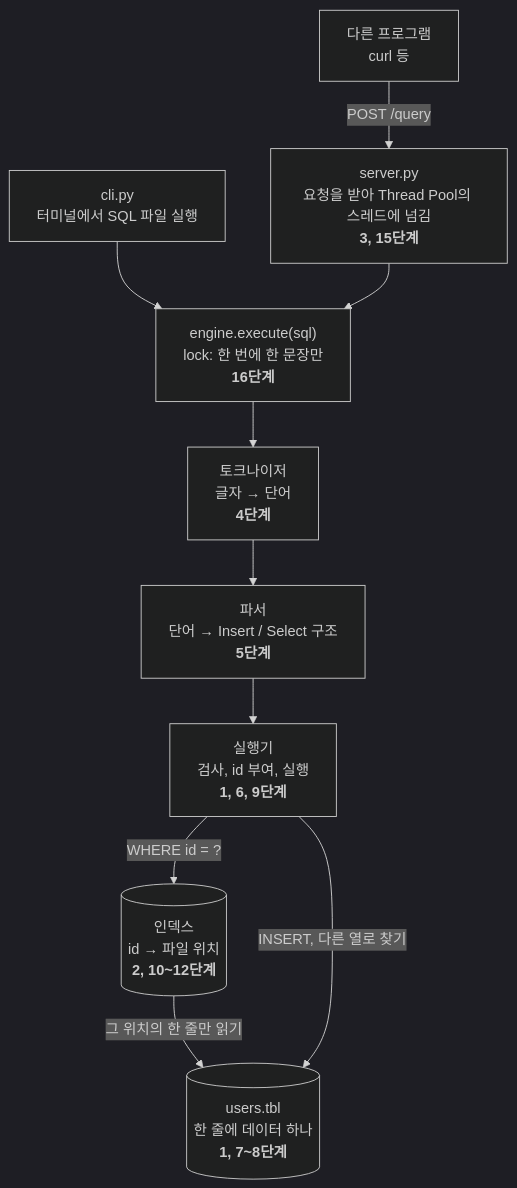
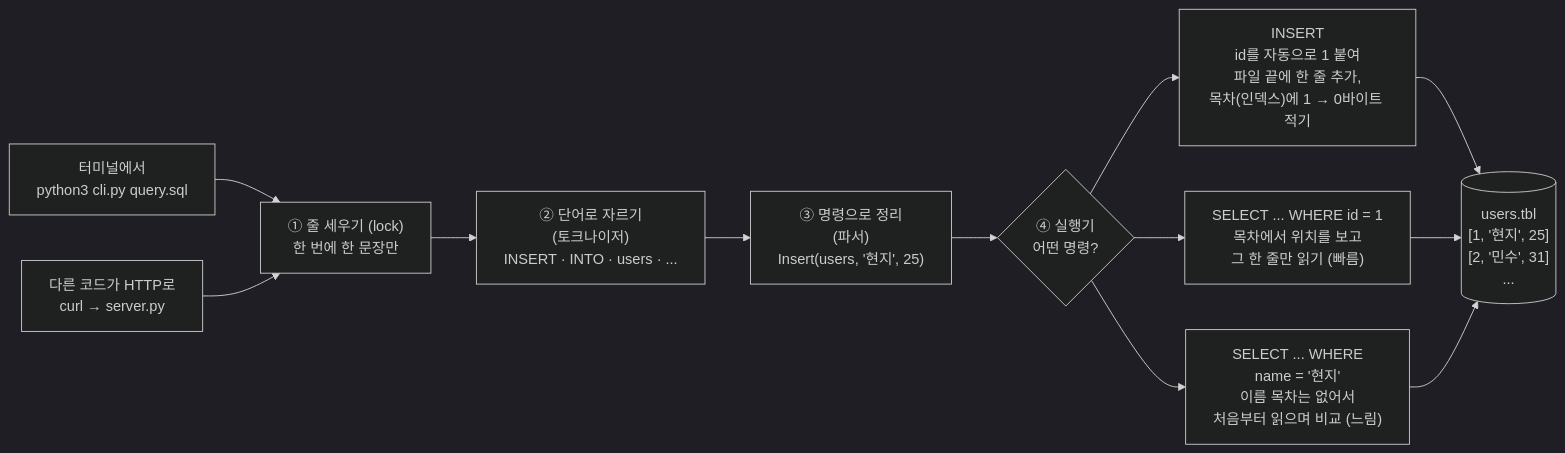
One commit to team1-mini-lab/mini-dbms changed the diagram in docs/DESIGN.md. Above: the diagram before and after it, drawn with Mermaid (dark theme). The commit also changed other lines of this file and 3 other files, not shown here.

````diff
--- a/docs/DESIGN.md
+++ b/docs/DESIGN.md
@@ -38,20 +38,19 @@
 ```mermaid
-flowchart TB
-    cli["cli.py<br/>터미널에서 SQL 파일 실행"]
-    client["다른 프로그램<br/>curl 등"]
-    server["server.py<br/>요청을 받아 Thread Pool의 스레드에 넘김<br/><b>3, 15단계</b>"]
-    engine["engine.execute(sql)<br/>lock: 한 번에 한 문장만<br/><b>16단계</b>"]
-    tok["토크나이저<br/>글자 → 단어<br/><b>4단계</b>"]
-    parser["파서<br/>단어 → Insert / Select 구조<br/><b>5단계</b>"]
-    exe["실행기<br/>검사, id 부여, 실행<br/><b>1, 6, 9단계</b>"]
-    index[("인덱스<br/>id → 파일 위치<br/><b>2, 10~12단계</b>")]
-    file[("users.tbl<br/>한 줄에 데이터 하나<br/><b>1, 7~8단계</b>")]
-
-    client -- "POST /query" --> server
-    cli --> engine
-    server --> engine
-    engine --> tok --> parser --> exe
-    exe -- "WHERE id = ?" --> index
-    index -- "그 위치의 한 줄만 읽기" --> file
-    exe -- "INSERT, 다른 열로 찾기" --> file
+flowchart LR
+    in1["터미널에서<br/>python3 cli.py query.sql"]
+    in2["다른 코드가 HTTP로<br/>curl → server.py"]
+    lock["① 줄 세우기 (lock)<br/>한 번에 한 문장만"]
+    tok["② 단어로 자르기<br/>(토크나이저)<br/>INSERT · INTO · users · ..."]
+    par["③ 명령으로 정리<br/>(파서)<br/>Insert(users, '현지', 25)"]
+    exe{"④ 실행기<br/>어떤 명령?"}
+    ins["INSERT<br/>id를 자동으로 1 붙여<br/>파일 끝에 한 줄 추가,<br/>목차(인덱스)에 1 → 0바이트 적기"]
+    byid["SELECT ... WHERE id = 1<br/>목차에서 위치를 보고<br/>그 한 줄만 읽기 (빠름)"]
+    byother["SELECT ... WHERE<br/>name = '현지'<br/>이름 목차는 없어서<br/>처음부터 읽으며 비교 (느림)"]
+    file[("users.tbl<br/>[1, '현지', 25]<br/>[2, '민수', 31]<br/>...")]
+    in1 --> lock
+    in2 --> lock
+    lock --> tok --> par --> exe
+    exe --> ins --> file
+    exe --> byid --> file
+    exe --> byother --> file
 ```
````
